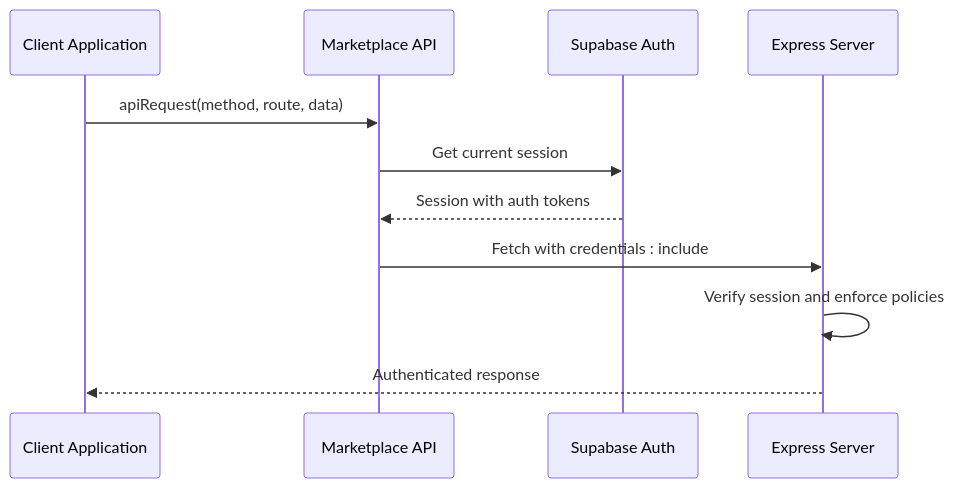
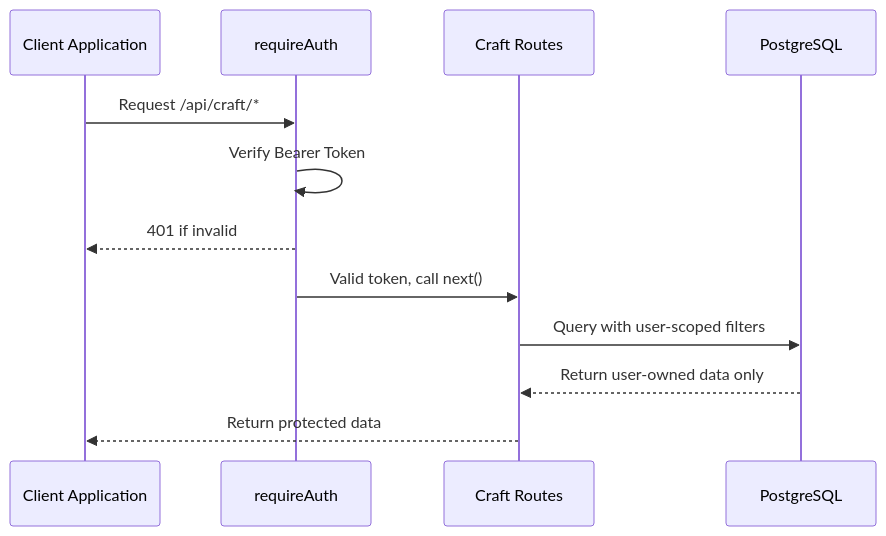
One commit to hunglevi87/Hidden-Gem changed the ninth of 13 diagrams in .qoder/repowiki/en/content/User Management/Authentication System.md. Above: the diagram before and after it, drawn with Mermaid. The commit also changed other lines of this file and 14 other files, not shown here.

````diff
--- a/.qoder/repowiki/en/content/User Management/Authentication System.md
+++ b/.qoder/repowiki/en/content/User Management/Authentication System.md
@@ -375,13 +407,14 @@
 ```mermaid
 sequenceDiagram
 participant Client as Client Application
-participant MarketAPI as Marketplace API
-participant Supabase as Supabase Auth
-participant Server as Express Server
-Client->>MarketAPI : apiRequest(method, route, data)
-MarketAPI->>Supabase : Get current session
-Supabase-->>MarketAPI : Session with auth tokens
-MarketAPI->>Server : Fetch with credentials : include
-Server->>Server : Verify session and enforce policies
-Server-->>Client : Authenticated response
+participant AuthMiddleware as requireAuth
+participant Routes as Craft Routes
+participant Database as PostgreSQL
+Client->>AuthMiddleware : Request /api/craft/*
+AuthMiddleware->>AuthMiddleware : Verify Bearer Token
+AuthMiddleware-->>Client : 401 if invalid
+AuthMiddleware->>Routes : Valid token, call next()
+Routes->>Database : Query with user-scoped filters
+Database-->>Routes : Return user-owned data only
+Routes-->>Client : Return protected data
 ```
````
